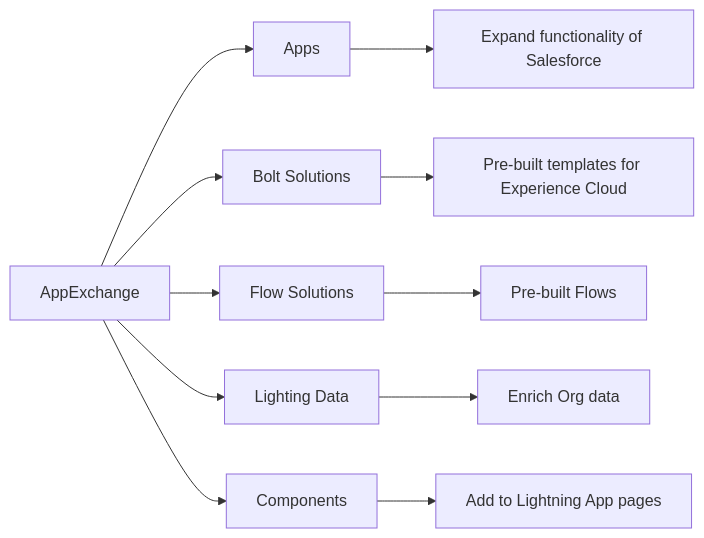
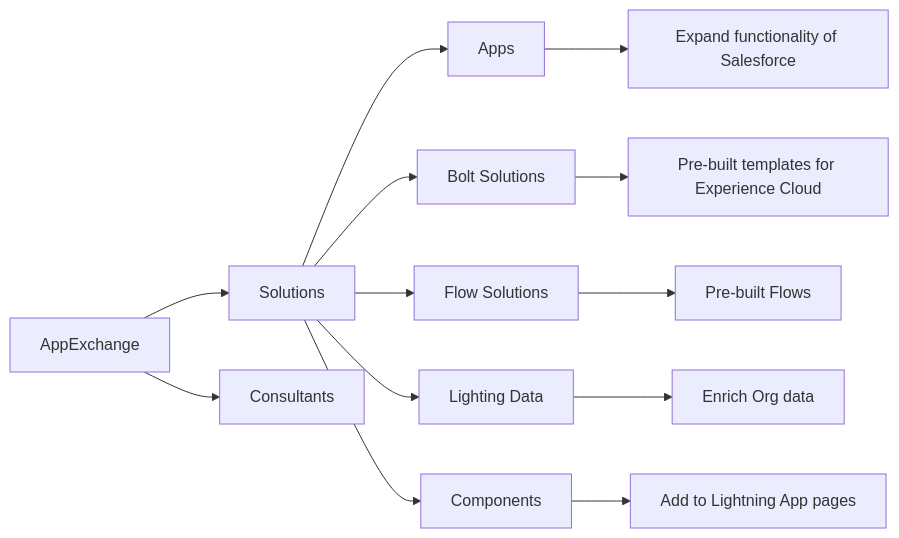
One commit to SanshanGan/salesforce-notes changed the fifth of 11 diagrams in notes/OM&LB.md. Above: the diagram before and after it, drawn with Mermaid. The commit also changed other lines of this file, not shown here.

````diff
--- a/notes/OM&LB.md
+++ b/notes/OM&LB.md
@@ -369,8 +376,10 @@
 ```mermaid
 graph LR
-    A[AppExchange] --> B[Apps] --> G[Expand functionality of Salesforce]
+    L[AppExchange] --> A
+    L --> M[Consultants]
+    A[Solutions] --> B[Apps] --> G[Expand functionality of Salesforce]
     A --> C[Bolt Solutions] --> H[Pre-built templates for Experience Cloud]
     A --> D[Flow Solutions] --> I[Pre-built Flows]
     A --> E[Lighting Data] --> J[Enrich Org data]
     A --> F[Components] --> K[Add to Lightning App pages]
 ```
````
